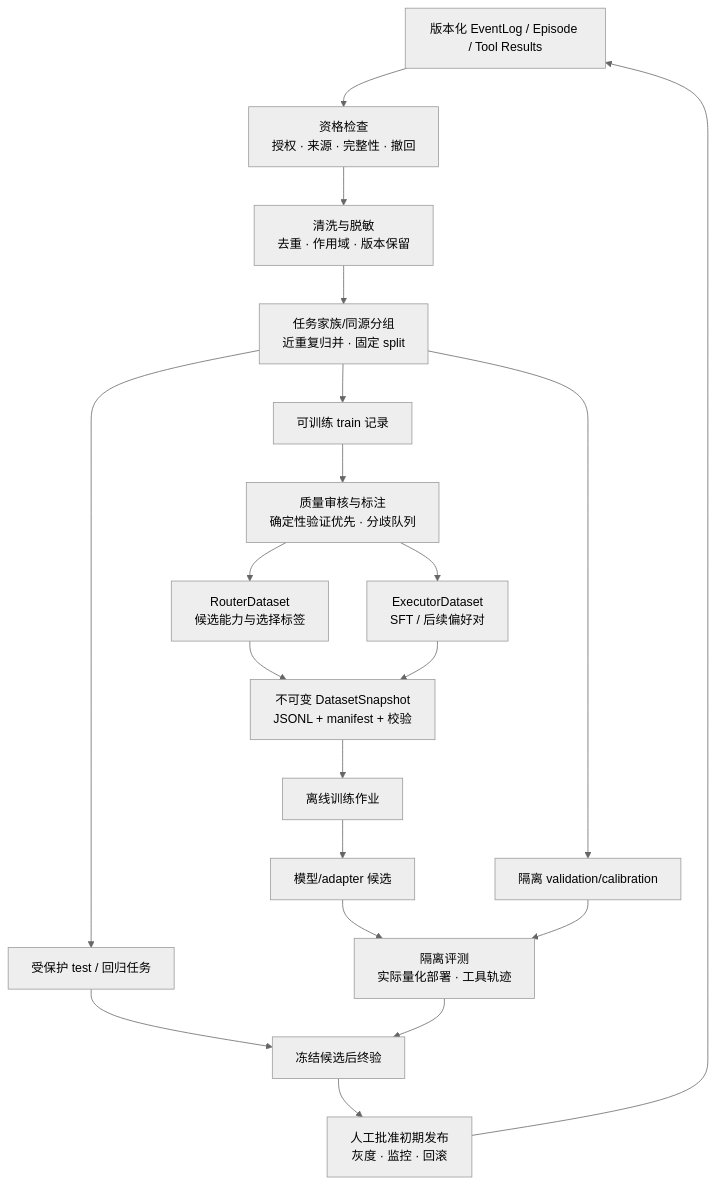
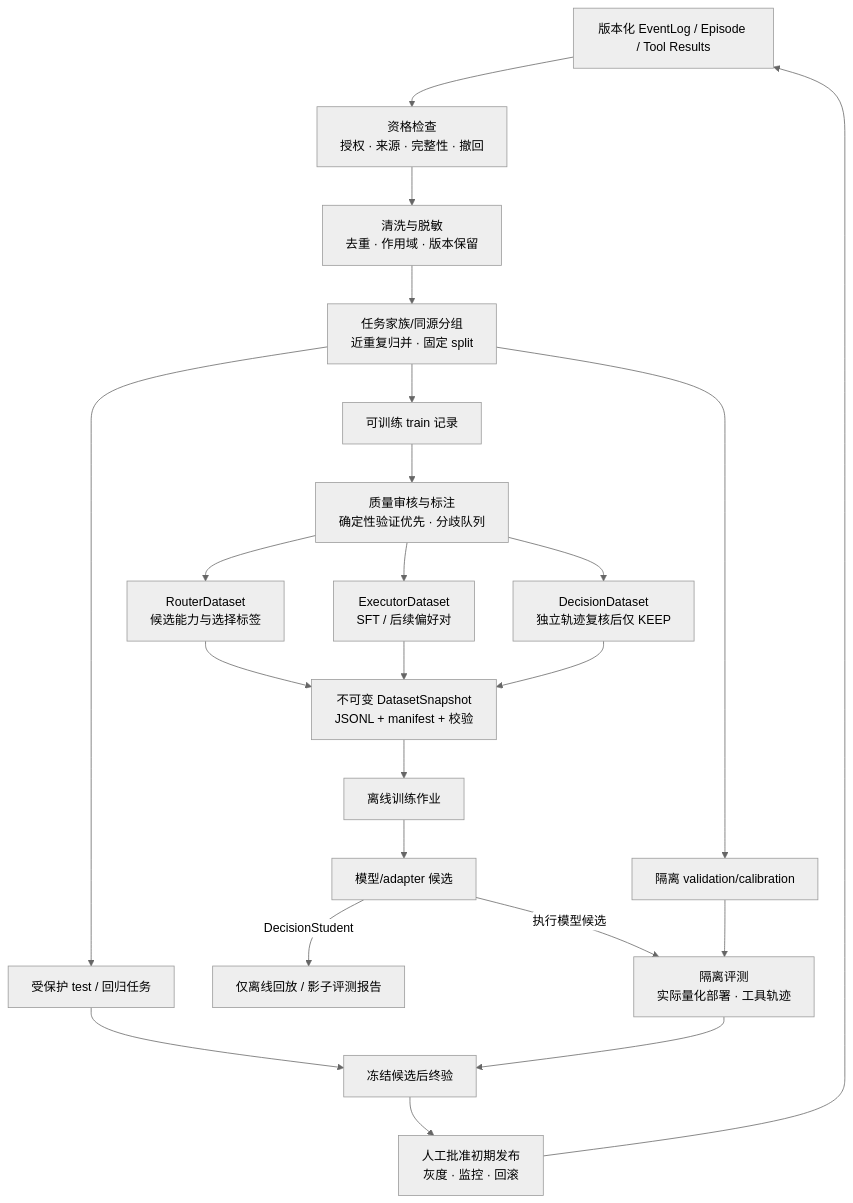
The second of 2 diagrams in docs/model-routing-and-local-learning.md (LB-Young/Auton), drawn with Mermaid (neutral theme) before and after one commit. The commit also changed other lines of this file and 10 other files, not shown here.

````diff
--- a/docs/model-routing-and-local-learning.md
+++ b/docs/model-routing-and-local-learning.md
@@ -170,21 +168,23 @@
 ```mermaid
 flowchart TD
   EV[版本化 EventLog / Episode / Tool Results] --> IN[资格检查<br/>授权 · 来源 · 完整性 · 撤回]
   IN --> CL[清洗与脱敏<br/>去重 · 作用域 · 版本保留]
   CL --> GR[任务家族/同源分组<br/>近重复归并 · 固定 split]
   GR --> TR[可训练 train 记录]
   GR --> VA[隔离 validation/calibration]
   GR --> TE[受保护 test / 回归任务]
   TR --> QA[质量审核与标注<br/>确定性验证优先 · 分歧队列]
   QA --> RT[RouterDataset<br/>候选能力与选择标签]
   QA --> SF[ExecutorDataset<br/>SFT / 后续偏好对]
-  RT & SF --> DS[不可变 DatasetSnapshot<br/>JSONL + manifest + 校验]
+  QA --> DJ[DecisionDataset<br/>独立轨迹复核后仅 KEEP]
+  RT & SF & DJ --> DS[不可变 DatasetSnapshot<br/>JSONL + manifest + 校验]
   DS --> JOB[离线训练作业]
   JOB --> CAND[模型/adapter 候选]
-  CAND --> AE[隔离评测<br/>实际量化部署 · 工具轨迹]
+  CAND -->|DecisionStudent| OFF[仅离线回放 / 影子评测报告]
+  CAND -->|执行模型候选| AE[隔离评测<br/>实际量化部署 · 工具轨迹]
   VA --> AE
   TE --> FINAL[冻结候选后终验]
   AE --> FINAL
   FINAL --> REL[人工批准初期发布<br/>灰度 · 监控 · 回滚]
   REL --> EV
 ```
````
